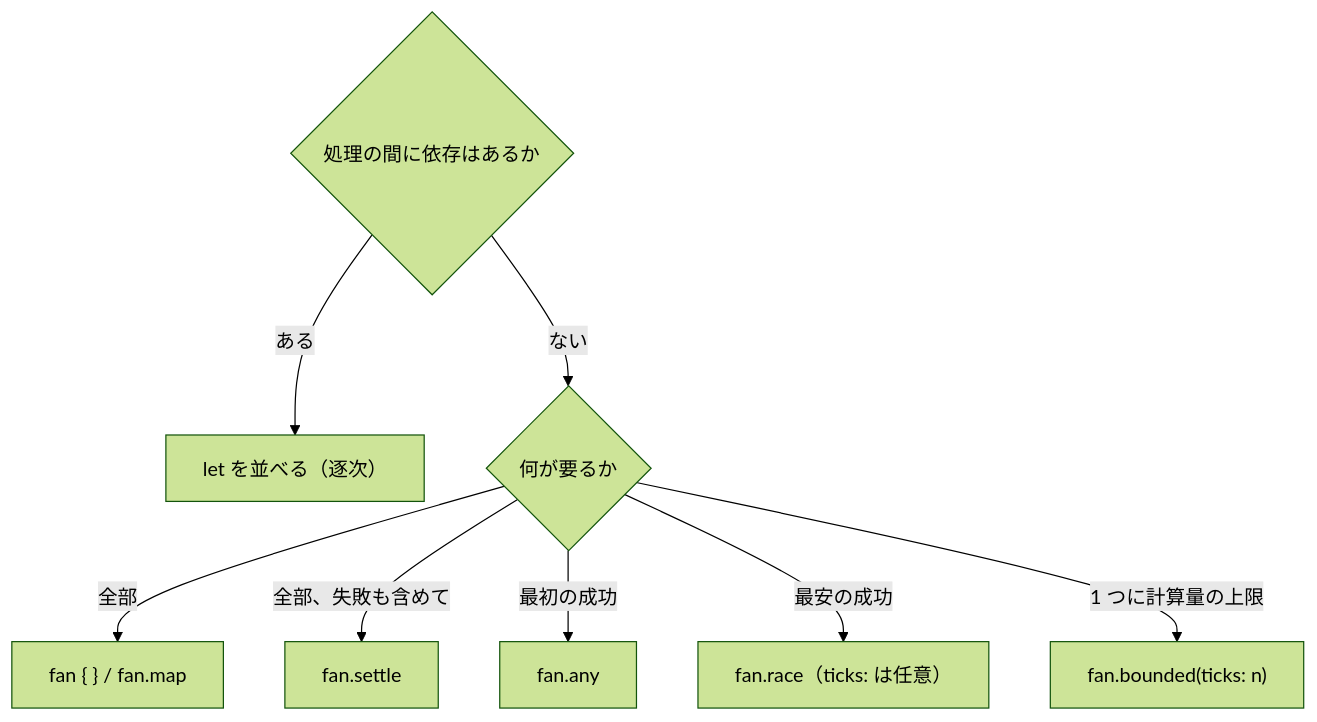
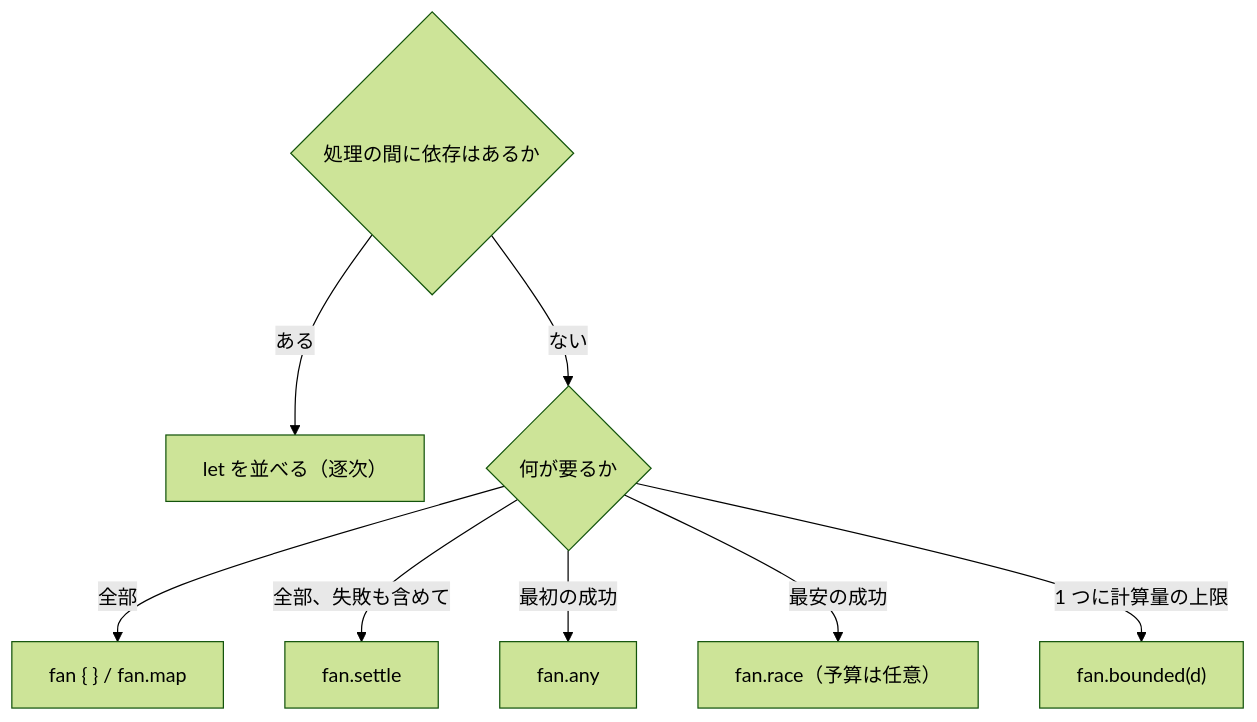
The third of 6 diagrams in docs/roadmap/active/async-inception.md (almide/almide), drawn with Mermaid (forest theme) before and after one commit. The commit also changed other lines of this file and 11 other files, not shown here.

````diff
--- a/docs/roadmap/active/async-inception.md
+++ b/docs/roadmap/active/async-inception.md
@@ -139,10 +141,10 @@
 ```mermaid
 flowchart TD
     Q0{"処理の間に依存はあるか"} -->|ある| SEQ["let を並べる（逐次）"]
     Q0 -->|ない| Q1{"何が要るか"}
     Q1 -->|"全部"| ALL["fan { } / fan.map"]
     Q1 -->|"全部、失敗も含めて"| SETTLE["fan.settle"]
     Q1 -->|"最初の成功"| ANY["fan.any"]
-    Q1 -->|"最安の成功"| RACE["fan.race（ticks: は任意）"]
-    Q1 -->|"1 つに計算量の上限"| BOUNDED["fan.bounded(ticks: n)"]
+    Q1 -->|"最安の成功"| RACE["fan.race（予算は任意）"]
+    Q1 -->|"1 つに計算量の上限"| BOUNDED["fan.bounded(d)"]
 ```
````
